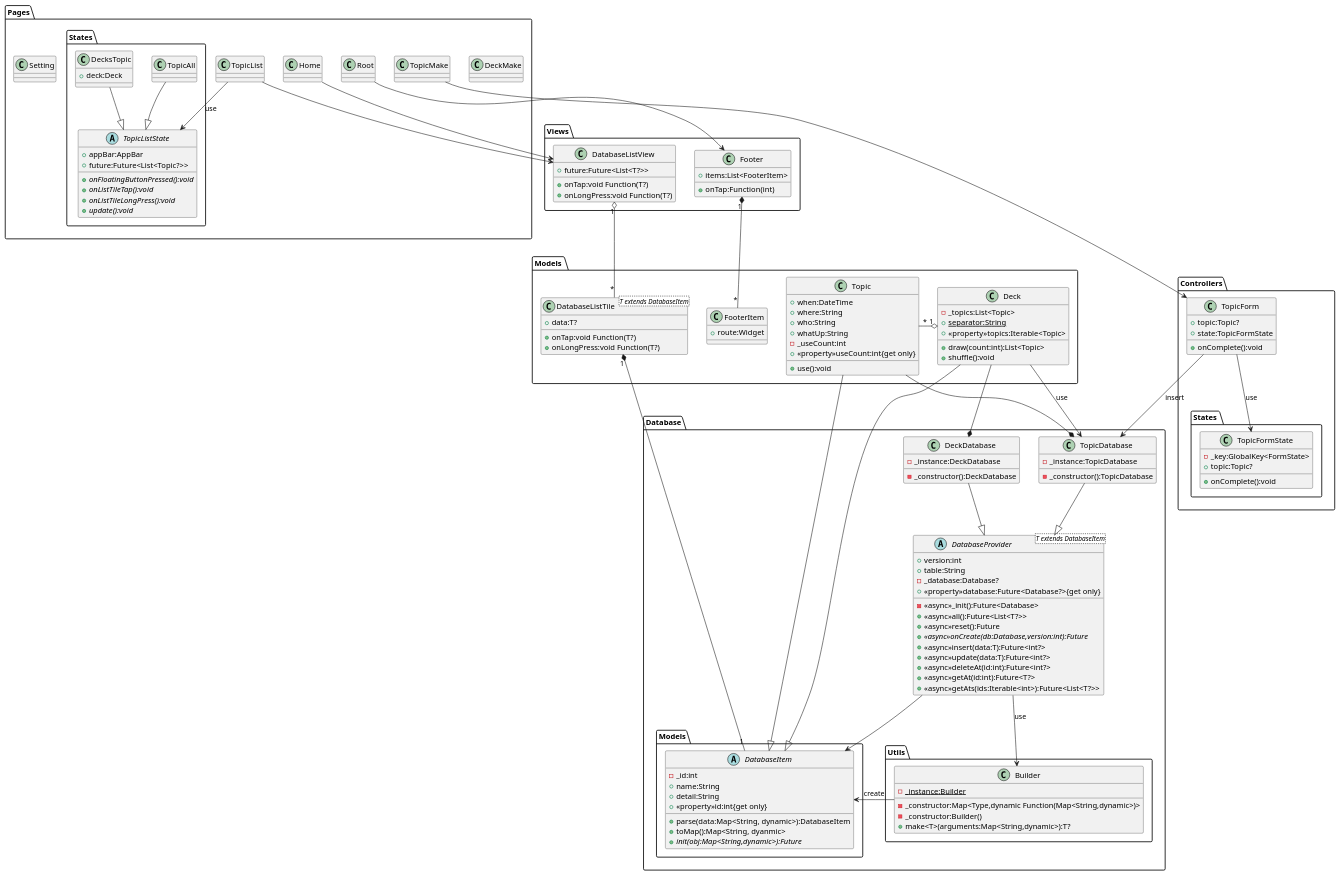
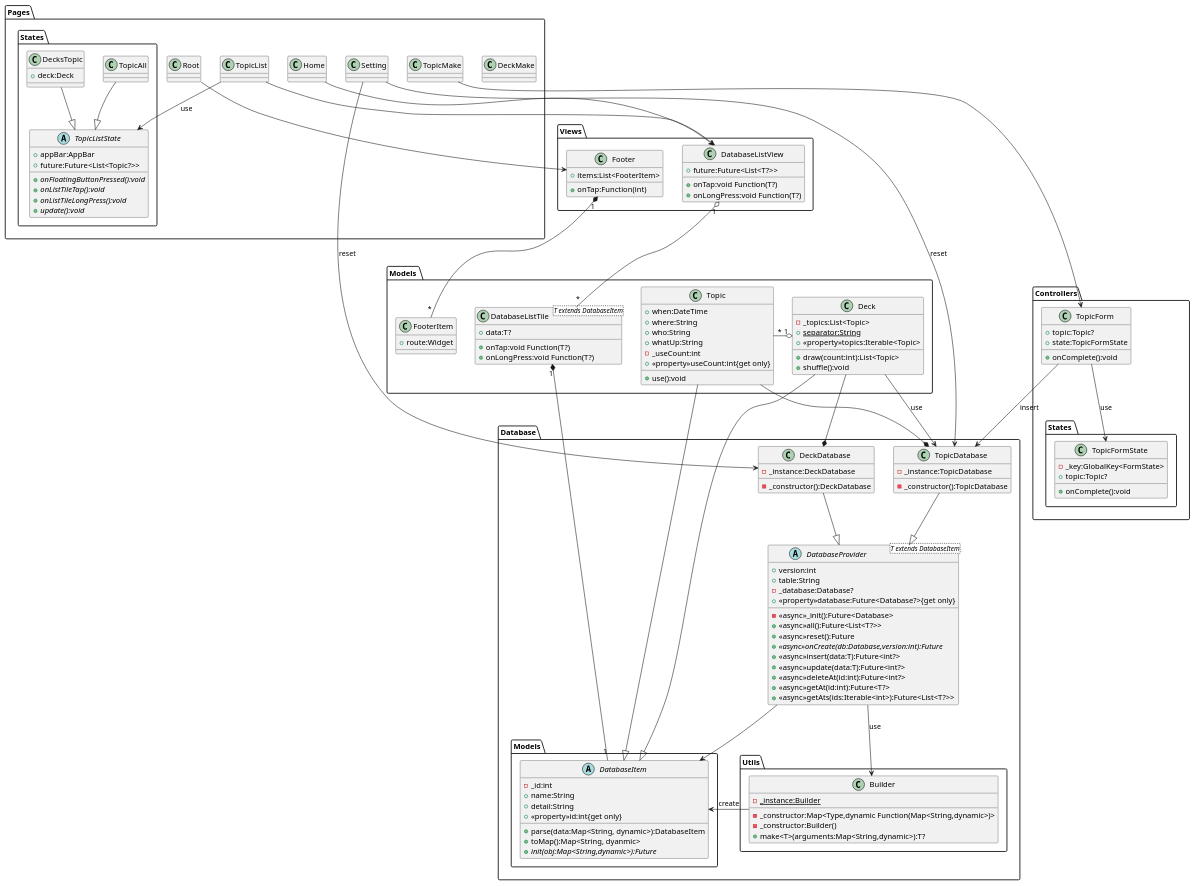
One commit to nmskm240/conversation_deck changed the diagram in classDiagram.pu. Above: the diagram before and after it, drawn with PlantUML. The commit also changed 2 other files, not shown here.

```diff
--- a/classDiagram.pu
+++ b/classDiagram.pu
@@ -1,173 +1,175 @@
 @startuml Conversation deck cards
 package Controllers
 {
     package "States "
     {
         class TopicFormState
         {
             -_key:GlobalKey<FormState>
             +topic:Topic?
             +onComplete():void
         }
     }
     class TopicForm
     {
         +topic:Topic?
         +state:TopicFormState
         +onComplete():void
     }
 }
 
 package Database
 {
     package Models
     {
         abstract DatabaseItem
         {
             -_id:int
             +name:String
             +detail:String
             +<<property>>id:int{get only}
             +parse(data:Map<String, dynamic>):DatabaseItem
             +toMap():Map<String, dyanmic>
             +{abstract}init(obj:Map<String,dynamic>):Future
         }
     }
     package Utils
     {
         class Builder
         {
             -_constructor:Map<Type,dynamic Function(Map<String,dynamic>)>
             -{static}_instance:Builder
             -_constructor:Builder()
             +make<T>(arguments:Map<String,dynamic>):T?
         }
     }
     abstract DatabaseProvider<T extends DatabaseItem>
     {
         +version:int
         +table:String
         -_database:Database?
         +<<property>>database:Future<Database?>{get only}
         -<<async>>_init():Future<Database>
         +<<async>>all():Future<List<T?>>
         +<<async>>reset():Future
         +{abstract}<<async>>onCreate(db:Database,version:int):Future
         +<<async>>insert(data:T):Future<int?>
         +<<async>>update(data:T):Future<int?>
         +<<async>>deleteAt(id:int):Future<int?>
         +<<async>>getAt(id:int):Future<T?>
         +<<async>>getAts(ids:Iterable<int>):Future<List<T?>>
     }
     class DeckDatabase
     {
         -_instance:DeckDatabase
         -_constructor():DeckDatabase
     }
     class TopicDatabase
     {
         -_instance:TopicDatabase
         -_constructor():TopicDatabase
     }
 }
 
 package "Models "
 {
     class DatabaseListTile<T extends DatabaseItem>
     {
         +data:T?
         +onTap:void Function(T?)
         +onLongPress:void Function(T?)
     }
     class Deck
     {
         -_topics:List<Topic>
         +{static}separator:String
         +<<property>>topics:Iterable<Topic>
         +draw(count:int):List<Topic>
         +shuffle():void
     }
     class FooterItem
     {
         +route:Widget
     }
     class Topic
     {
         +when:DateTime
         +where:String
         +who:String
         +whatUp:String
         -_useCount:int
         +<<property>>useCount:int{get only}
         +use():void
     }
 }
 package Pages
 {
     package States
     {
         abstract TopicListState
         {
             +appBar:AppBar
             +future:Future<List<Topic?>>
             +{abstract}onFloatingButtonPressed():void
             +{abstract}onListTileTap():void
             +{abstract}onListTileLongPress():void
             +{abstract}update():void
         }
         class TopicAll
         class DecksTopic
         {
             +deck:Deck
         }
     }
     class DeckMake
     class Home
     class Root
     class TopicList
     class TopicMake
     class Setting
 }
 package Views
 {
     class DatabaseListView
     {
         +future:Future<List<T?>>
         +onTap:void Function(T?)
         +onLongPress:void Function(T?)
     }
     class Footer
     {
         +items:List<FooterItem>
         +onTap:Function(int)
     }
 }
 
 DatabaseProvider --> DatabaseItem
 DatabaseProvider --> Builder : use
 Deck --> TopicDatabase : use
 Root --> Footer
 Home --> DatabaseListView
 TopicList --> DatabaseListView
 TopicMake --> TopicForm
 TopicForm --> TopicDatabase : insert
 Builder -left-> DatabaseItem : create
 TopicList --> TopicListState : use
 TopicForm --> TopicFormState : use
+Setting --> DeckDatabase : reset
+Setting --> TopicDatabase : reset
 
 DeckDatabase --|> DatabaseProvider
 TopicDatabase --|> DatabaseProvider
 Deck --|> DatabaseItem
 Topic --|> DatabaseItem
 TopicAll --|> TopicListState
 DecksTopic --|> TopicListState
 
 DeckDatabase *-up- Deck
 TopicDatabase *-up- Topic
 Footer "1" *-- "*" FooterItem
 DatabaseListTile "1" *-- "1" DatabaseItem
 
 Deck "1" o-right- "*" Topic
 DatabaseListView "1" o-- "*" DatabaseListTile
 
 @enduml
```
